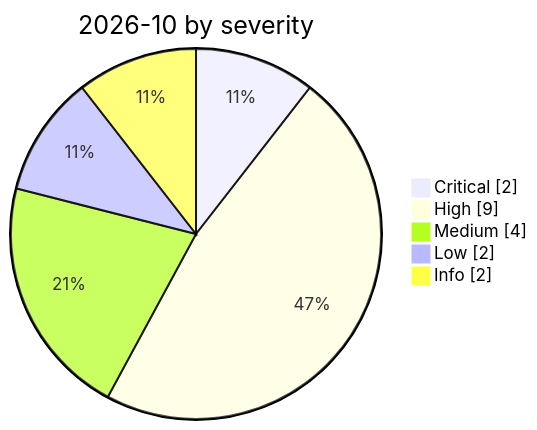
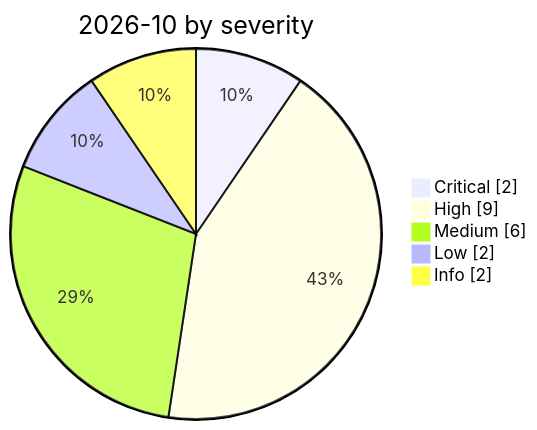
The diagram in incidents/2026-10/README.md (Continuum-AI-Corp/Orca-AI-Incident-Archive), drawn with Mermaid before and after one commit. The commit also changed other lines of this file and 30 other files, not shown here.

````diff
--- a/incidents/2026-10/README.md
+++ b/incidents/2026-10/README.md
@@ -8,9 +8,9 @@
 ```mermaid
 pie showData
     title 2026-10 by severity
     "Critical" : 2
     "High" : 9
-    "Medium" : 4
+    "Medium" : 6
     "Low" : 2
     "Info" : 2
 ```
````
